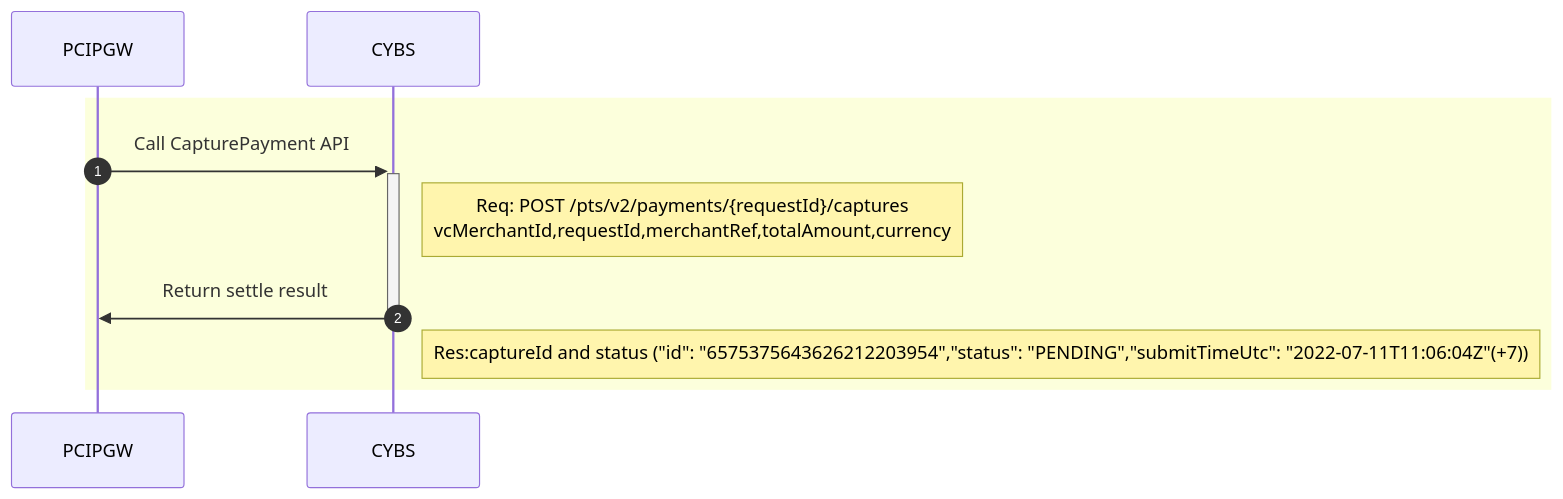
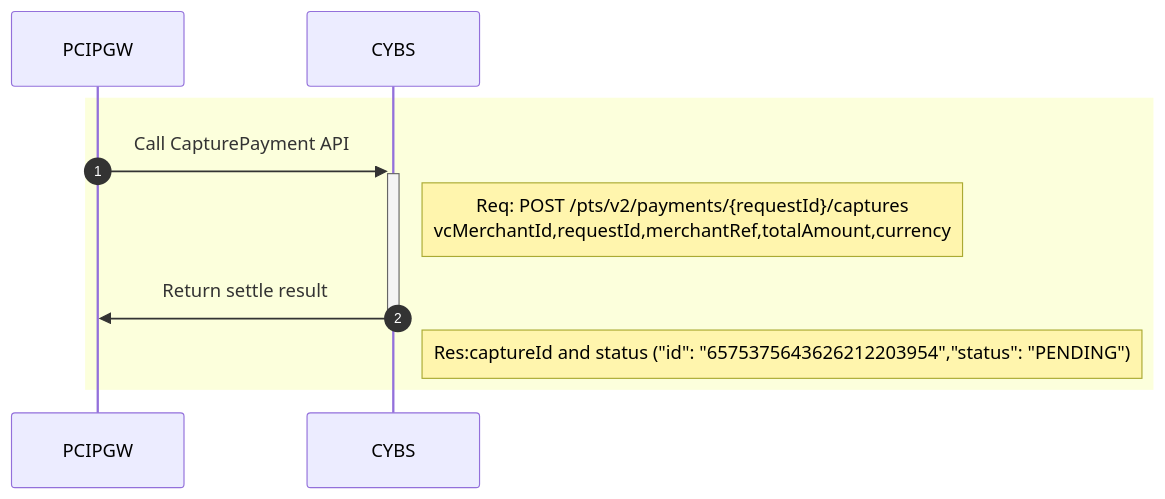
The seventh of 8 diagrams in Cybs-Ph2-Flow3.md (yuusuke25/MyNotes), drawn with Mermaid before and after one commit. The commit also changed other lines of this file, not shown here.

````diff
--- a/Cybs-Ph2-Flow3.md
+++ b/Cybs-Ph2-Flow3.md
@@ -117,10 +126,10 @@
 ```mermaid
     sequenceDiagram
     autonumber
         rect rgb(252, 255, 220)
             PCIPGW->>+CYBS:Call CapturePayment API
             Note right of CYBS: Req: POST /pts/v2/payments/{requestId}/captures<br>vcMerchantId,requestId,merchantRef,totalAmount,currency
             CYBS->>-PCIPGW:Return settle result
-            Note right of CYBS: Res:captureId and status ("id": "6575375643626212203954","status": "PENDING","submitTimeUtc": "2022-07-11T11:06:04Z"(+7))
+            Note right of CYBS: Res:captureId and status ("id": "6575375643626212203954","status": "PENDING")
         end
 ```
````
